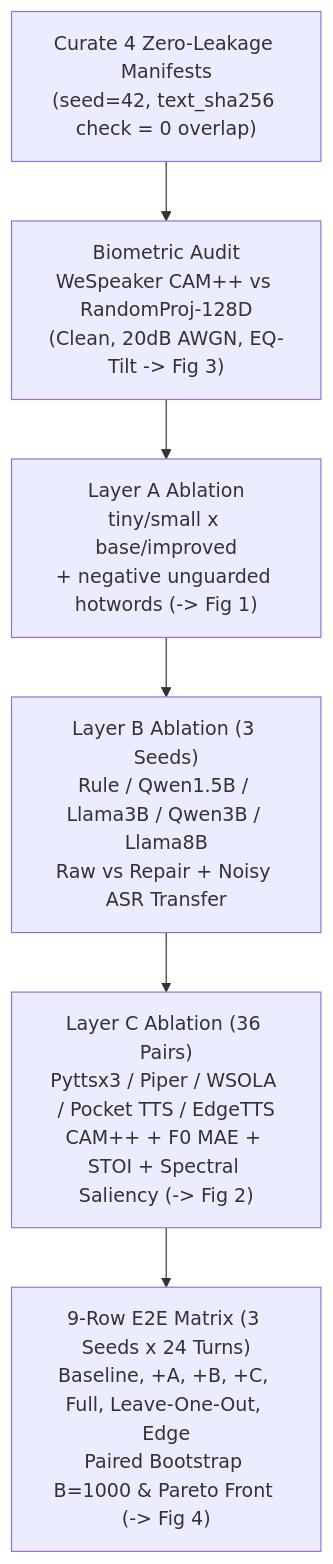
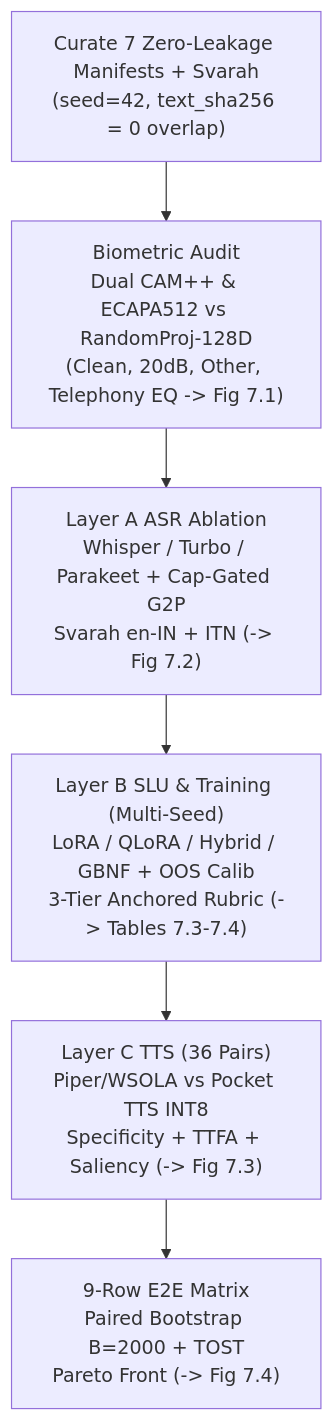
Before and after one commit to 6Works/capstone: the second of 3 diagrams in docs/CAPSTONE_REPORT_IEEE.md, drawn with Mermaid. The commit also changed other lines of this file and 3 other files, not shown here.

````diff
--- a/docs/CAPSTONE_REPORT_IEEE.md
+++ b/docs/CAPSTONE_REPORT_IEEE.md
@@ -354,11 +329,11 @@
 ```mermaid
 flowchart TD
-    Data["Curate 4 Zero-Leakage Manifests<br/>(seed=42, text_sha256 check = 0 overlap)"]
-    Audit["Biometric Audit<br/>WeSpeaker CAM++ vs RandomProj-128D<br/>(Clean, 20dB AWGN, EQ-Tilt -> Fig 3)"]
-    LA["Layer A Ablation<br/>tiny/small x base/improved<br/>+ negative unguarded hotwords (-> Fig 1)"]
-    LB["Layer B Ablation (3 Seeds)<br/>Rule / Qwen1.5B / Llama3B / Qwen3B / Llama8B<br/>Raw vs Repair + Noisy ASR Transfer"]
-    LC["Layer C Ablation (36 Pairs)<br/>Pyttsx3 / Piper / WSOLA / Pocket TTS / EdgeTTS<br/>CAM++ + F0 MAE + STOI + Spectral Saliency (-> Fig 2)"]
-    E2E["9-Row E2E Matrix (3 Seeds x 24 Turns)<br/>Baseline, +A, +B, +C, Full, Leave-One-Out, Edge<br/>Paired Bootstrap B=1000 & Pareto Front (-> Fig 4)"]
+    Data["Curate 7 Zero-Leakage Manifests + Svarah<br/>(seed=42, text_sha256 = 0 overlap)"]
+    Audit["Biometric Audit<br/>Dual CAM++ & ECAPA512 vs RandomProj-128D<br/>(Clean, 20dB, Other, Telephony EQ -> Fig 7.1)"]
+    LA["Layer A ASR Ablation<br/>Whisper / Turbo / Parakeet + Cap-Gated G2P<br/>Svarah en-IN + ITN (-> Fig 7.2)"]
+    LB["Layer B SLU & Training (Multi-Seed)<br/>LoRA / QLoRA / Hybrid / GBNF + OOS Calib<br/>3-Tier Anchored Rubric (-> Tables 7.3-7.4)"]
+    LC["Layer C TTS (36 Pairs)<br/>Piper/WSOLA vs Pocket TTS INT8<br/>Specificity + TTFA + Saliency (-> Fig 7.3)"]
+    E2E["9-Row E2E Matrix<br/>Paired Bootstrap B=2000 + TOST<br/>Pareto Front (-> Fig 7.4)"]
 
     Data --> Audit --> LA --> LB --> LC --> E2E
 ```
````
